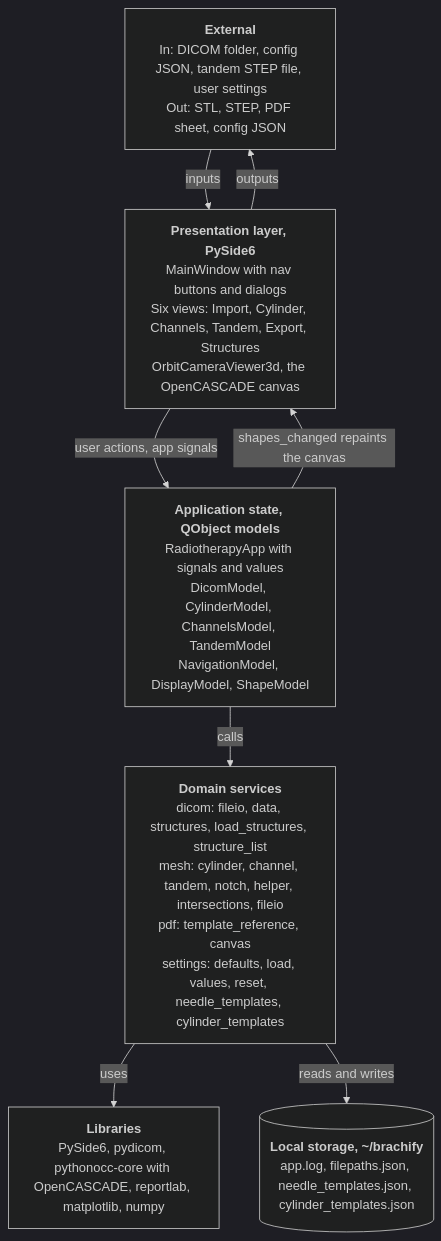
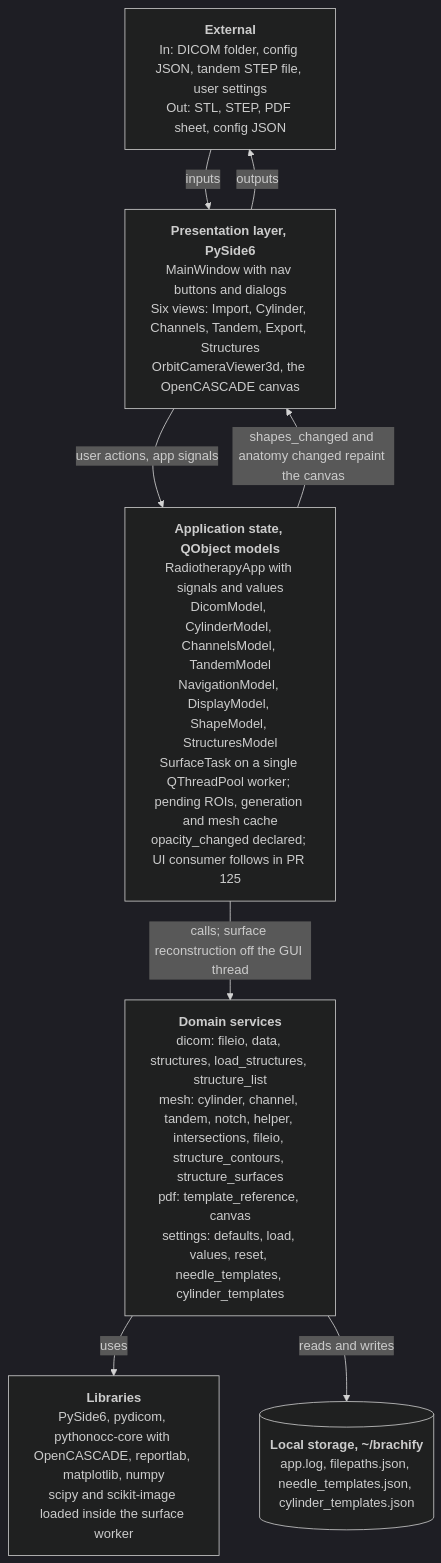
Before and after one commit to COSC-499-W2026/capstone-project-team-10: the diagram in docs/architecture/diagrams/system-architecture.mmd, drawn with Mermaid (dark theme). The commit also changed 3 other files, not shown here.

Commit message:
docs: map background anatomy reconstruction and state

```diff
--- a/docs/architecture/diagrams/system-architecture.mmd
+++ b/docs/architecture/diagrams/system-architecture.mmd
@@ -1,17 +1,17 @@
 %% title: System architecture
 %% alt: System architecture of brachify, a layered desktop application with a presentation layer, application state, domain services, third party libraries and local storage
 flowchart TB
   ext["<b>External</b><br/>In: DICOM folder, config JSON, tandem STEP file, user settings<br/>Out: STL, STEP, PDF sheet, config JSON"]
   pres["<b>Presentation layer, PySide6</b><br/>MainWindow with nav buttons and dialogs<br/>Six views: Import, Cylinder, Channels, Tandem, Export, Structures<br/>OrbitCameraViewer3d, the OpenCASCADE canvas"]
-  state["<b>Application state, QObject models</b><br/>RadiotherapyApp with signals and values<br/>DicomModel, CylinderModel, ChannelsModel, TandemModel<br/>NavigationModel, DisplayModel, ShapeModel"]
-  domain["<b>Domain services</b><br/>dicom: fileio, data, structures, load_structures, structure_list<br/>mesh: cylinder, channel, tandem, notch, helper, intersections, fileio<br/>pdf: template_reference, canvas<br/>settings: defaults, load, values, reset, needle_templates, cylinder_templates"]
-  lib["<b>Libraries</b><br/>PySide6, pydicom, pythonocc-core with OpenCASCADE, reportlab, matplotlib, numpy"]
+  state["<b>Application state, QObject models</b><br/>RadiotherapyApp with signals and values<br/>DicomModel, CylinderModel, ChannelsModel, TandemModel<br/>NavigationModel, DisplayModel, ShapeModel, StructuresModel<br/>SurfaceTask on a single QThreadPool worker; pending ROIs, generation and mesh cache<br/>opacity_changed declared; UI consumer follows in PR 125"]
+  domain["<b>Domain services</b><br/>dicom: fileio, data, structures, load_structures, structure_list<br/>mesh: cylinder, channel, tandem, notch, helper, intersections, fileio, structure_contours, structure_surfaces<br/>pdf: template_reference, canvas<br/>settings: defaults, load, values, reset, needle_templates, cylinder_templates"]
+  lib["<b>Libraries</b><br/>PySide6, pydicom, pythonocc-core with OpenCASCADE, reportlab, matplotlib, numpy<br/>scipy and scikit-image loaded inside the surface worker"]
   disk[("<b>Local storage, ~/brachify</b><br/>app.log, filepaths.json, needle_templates.json, cylinder_templates.json")]
 
   ext -->|"inputs"| pres
   pres -->|"outputs"| ext
   pres -->|"user actions, app signals"| state
-  state -->|"shapes_changed repaints the canvas"| pres
-  state -->|"calls"| domain
+  state -->|"shapes_changed and anatomy changed repaint the canvas"| pres
+  state -->|"calls; surface reconstruction off the GUI thread"| domain
   domain -->|"uses"| lib
   domain -->|"reads and writes"| disk
```
